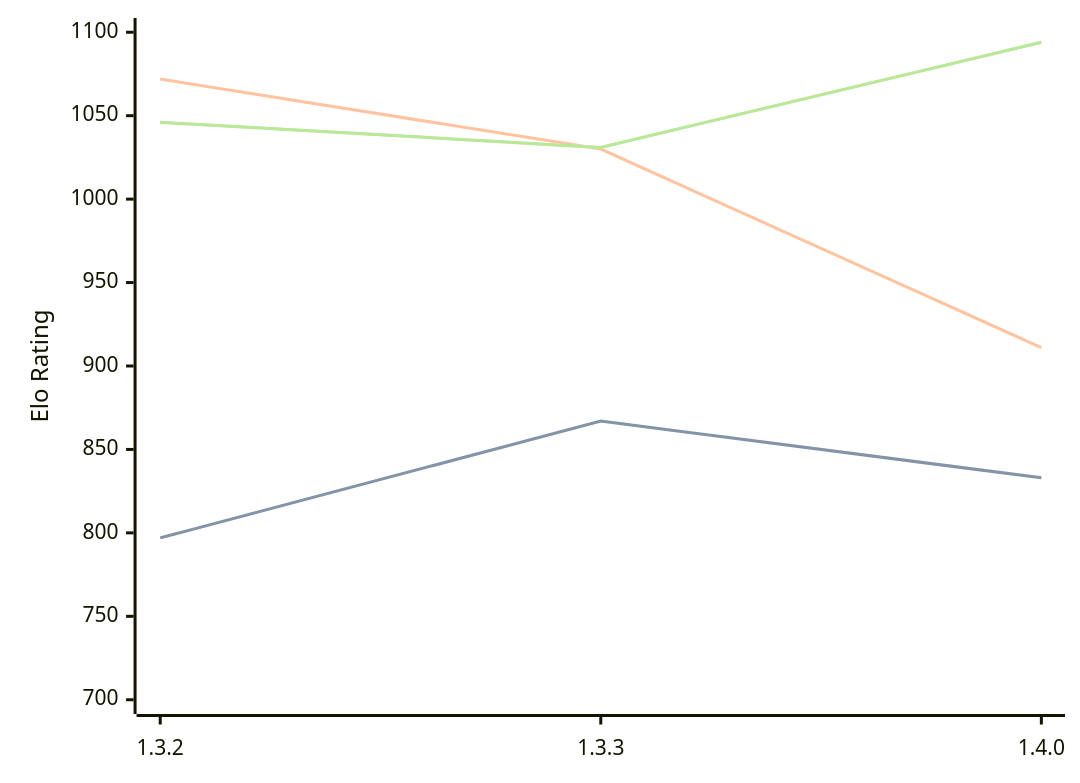
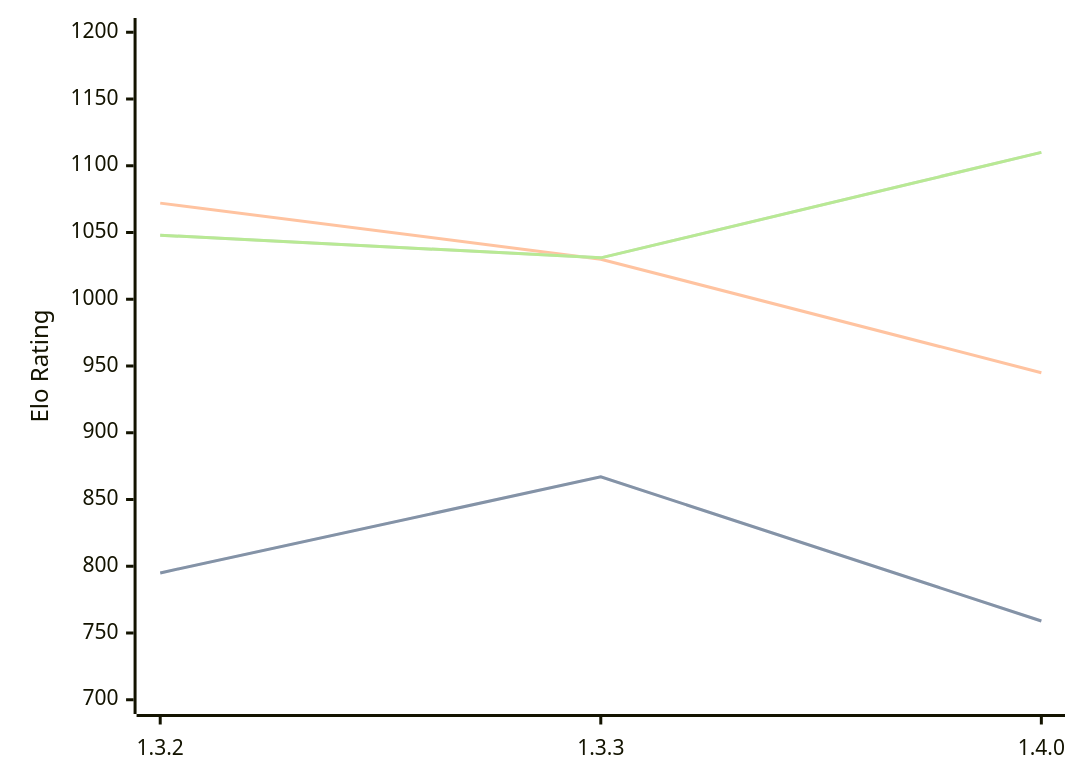
Before and after one commit to computer-chess-index/cci: the diagram in engines/Whitespine.md, drawn with Mermaid. The commit also changed other lines of this file, not shown here.

Commit message:
Update CCI Ratings (ELO VLTC) - 2026-05-01

````diff
--- a/engines/Whitespine.md
+++ b/engines/Whitespine.md
@@ -36,11 +36,11 @@
 ```mermaid
 %%{init: {"theme":"base","themeVariables":{"seriesColors:['#a3a3a3','#222221','#faa371']}}}%%
 xychart-beta
   x-axis ["1.3.2", "1.3.3", "1.4.0"]
-  y-axis "Elo Rating" 700 --> 1100
-  line "STC (8.0+0.08s)" [797, 867, 833]
-  line "STC (8.0+0.08s)" [797, 867, 833]
-  line "LTC (60.0+0.60s)" [1072, 1030, 911]
-  line "VLTC (2m24s+1.12s)" [1046, 1031, 1094]
-  line "VLTC (2m24s+1.12s)" [1046, 1031, 1094]
+  y-axis "Elo Rating" 700 --> 1200
+  line "STC (8.0+0.08s)" [795, 867, 759]
+  line "STC (8.0+0.08s)" [795, 867, 759]
+  line "LTC (60.0+0.60s)" [1072, 1030, 945]
+  line "VLTC (2m24s+1.12s)" [1048, 1031, 1110]
+  line "VLTC (2m24s+1.12s)" [1048, 1031, 1110]
 ```
````
